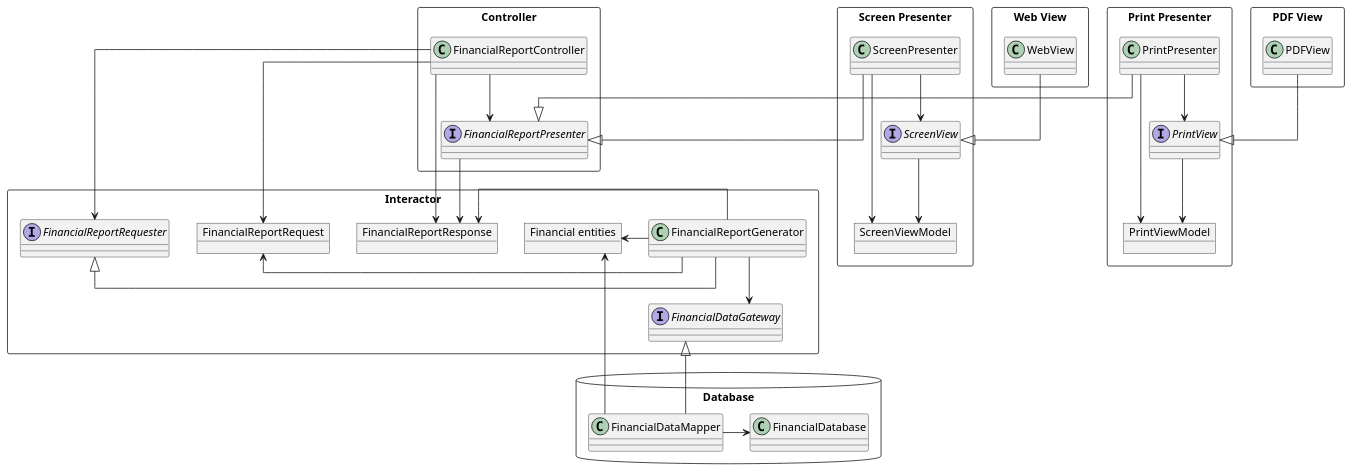
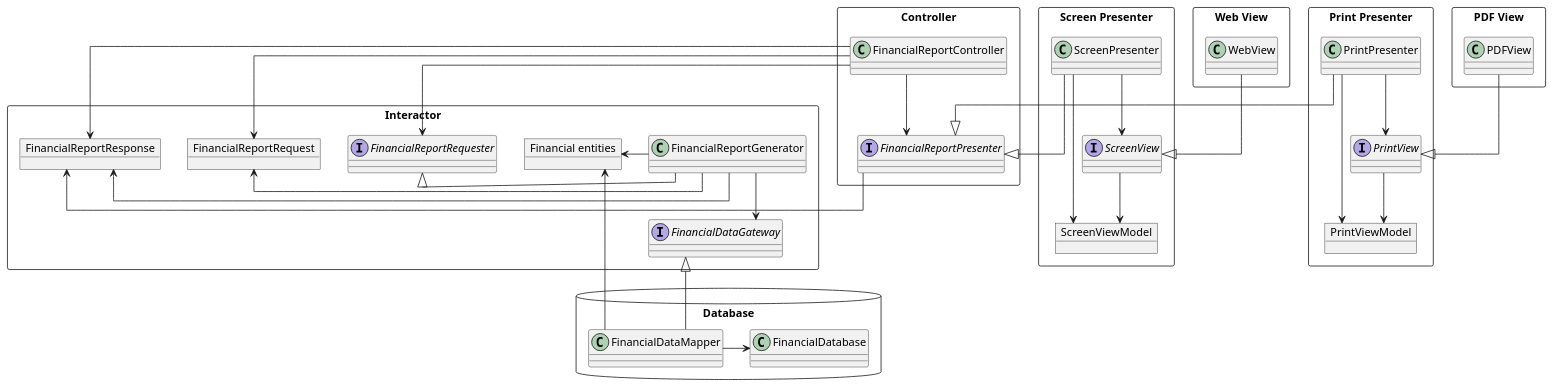
Before and after one commit to huland/logseq-notes: the third of 3 diagrams in pages/Robert C. Martin - Clean Architecture A Craftsman's Guide to Software Structure and Design.md, drawn with PlantUML.

Commit message:
Auto saved by Logseq

```diff
--- a/pages/Robert C. Martin - Clean Architecture A Craftsman's Guide to Software Structure and Design.md
+++ b/pages/Robert C. Martin - Clean Architecture A Craftsman's Guide to Software Structure and Design.md
@@ -203,60 +203,60 @@
 				  @startuml
 				  skinparam linetype ortho
 				  package Interactor <<Rectangle>> {
 				    object FinancialReportRequest
 				    interface FinancialReportRequester
 				    object FinancialReportResponse
 				    class FinancialReportGenerator
 				    interface FinancialDataGateway
 				    object "Financial entities" as FinancialEntities
 				  }
 				  package Controller <<Rectangle>> {
 				    class FinancialReportController 
 				    interface FinancialReportPresenter
 				  }
 				  package Database <<Database>> {
 				    class FinancialDataMapper 
 				    class FinancialDatabase
 				  }
 				  package "Screen Presenter" as ScreenPres <<Rectangle>> {
 				    class ScreenPresenter
 				    object ScreenViewModel
 				    interface ScreenView
 				  }
 				  package "Print Presenter" as PrintPres <<Rectangle>> {
 				    class PrintPresenter
 				    object PrintViewModel
 				    interface PrintView
 				  } 
 				  package "PDF View" as PDFV <<Rectangle>> {
 				    class PDFView
 				  } 
 				  package "Web View" as WebV <<Rectangle>> {
 				    class WebView
 				  } 
 				  
 				  FinancialReportGenerator -l-> FinancialReportRequest
 				  FinancialReportGenerator -r-> FinancialEntities
 				  FinancialReportGenerator -l-> FinancialReportResponse
 				  FinancialReportGenerator -d-> FinancialDataGateway
 				  FinancialReportGenerator -l-|> FinancialReportRequester
 				  FinancialDataMapper -r-> FinancialDatabase
 				  FinancialDataMapper -u-> FinancialEntities
 				  FinancialDataMapper -u-|> FinancialDataGateway
-				  FinancialReportController --> FinancialReportPresenter
-				  FinancialReportPresenter --> FinancialReportResponse
-				  FinancialReportController --> FinancialReportRequest
-				  FinancialReportController --> FinancialReportRequester
-				  FinancialReportController --> FinancialReportResponse
+				  FinancialReportController -d-> FinancialReportPresenter
+				  FinancialReportPresenter -r-> FinancialReportResponse
+				  FinancialReportController -r-> FinancialReportRequest
+				  FinancialReportController -r-> FinancialReportRequester
+				  FinancialReportController -r-> FinancialReportResponse
 				  ScreenPresenter --> ScreenView
 				  ScreenView --> ScreenViewModel
 				  ScreenPresenter --> ScreenViewModel
 				  ScreenPresenter --|> FinancialReportPresenter
 				  PrintPresenter --> PrintView
 				  PrintView --> PrintViewModel
 				  PrintPresenter --> PrintViewModel
 				  PrintPresenter --|> FinancialReportPresenter
 				  WebView --|> ScreenView
 				  PDFView --|> PrintView
 				  
 				  @enduml
```
